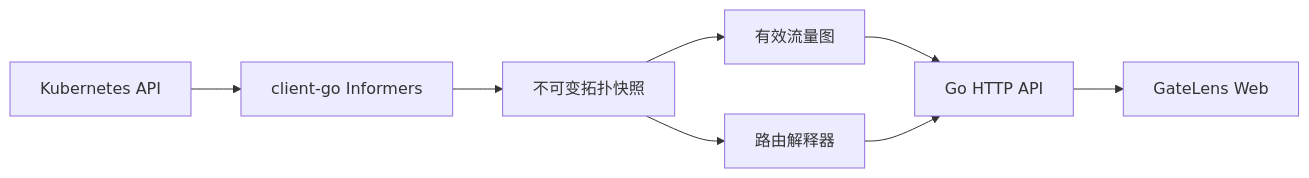
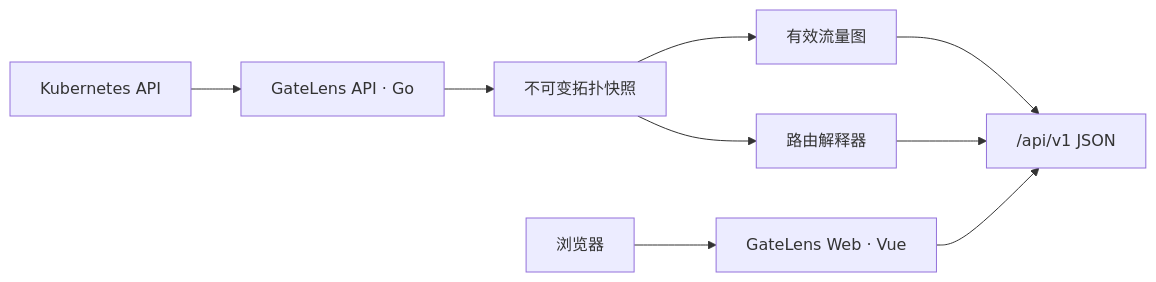
Before and after one commit to yebi511/GateLens: the diagram in README.md, drawn with Mermaid. The commit also changed other lines of this file and 43 other files, not shown here.

````diff
--- a/README.md
+++ b/README.md
@@ -33,10 +33,11 @@
 ```mermaid
 flowchart LR
-  K8S["Kubernetes API"] --> COL["client-go Informers"]
-  COL --> SNAP["不可变拓扑快照"]
+  K8S["Kubernetes API"] --> API["GateLens API · Go"]
+  API --> SNAP["不可变拓扑快照"]
   SNAP --> GRAPH["有效流量图"]
   SNAP --> EXPLAIN["路由解释器"]
-  GRAPH --> API["Go HTTP API"]
-  EXPLAIN --> API
-  API --> WEB["GateLens Web"]
+  GRAPH --> JSON["/api/v1 JSON"]
+  EXPLAIN --> JSON
+  BROWSER["浏览器"] --> WEB["GateLens Web · Vue"]
+  WEB --> JSON
 ```
````
